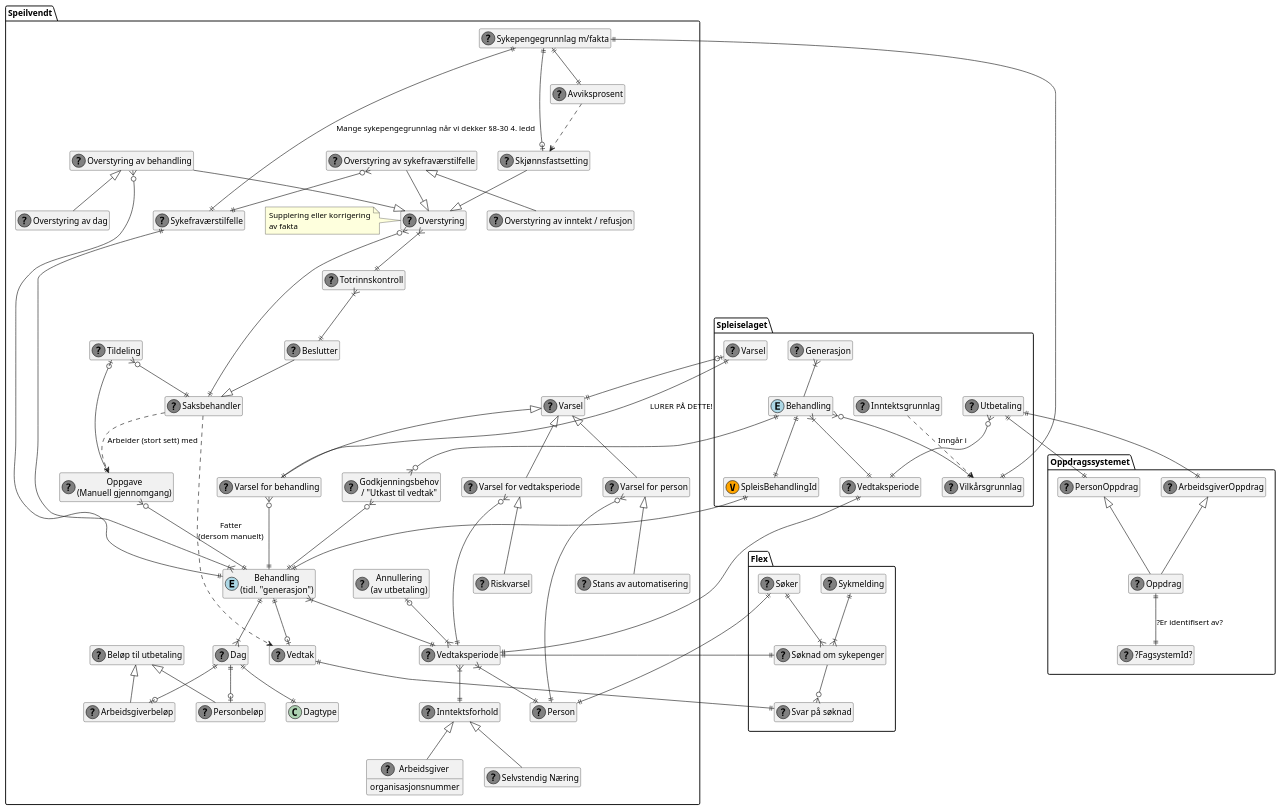
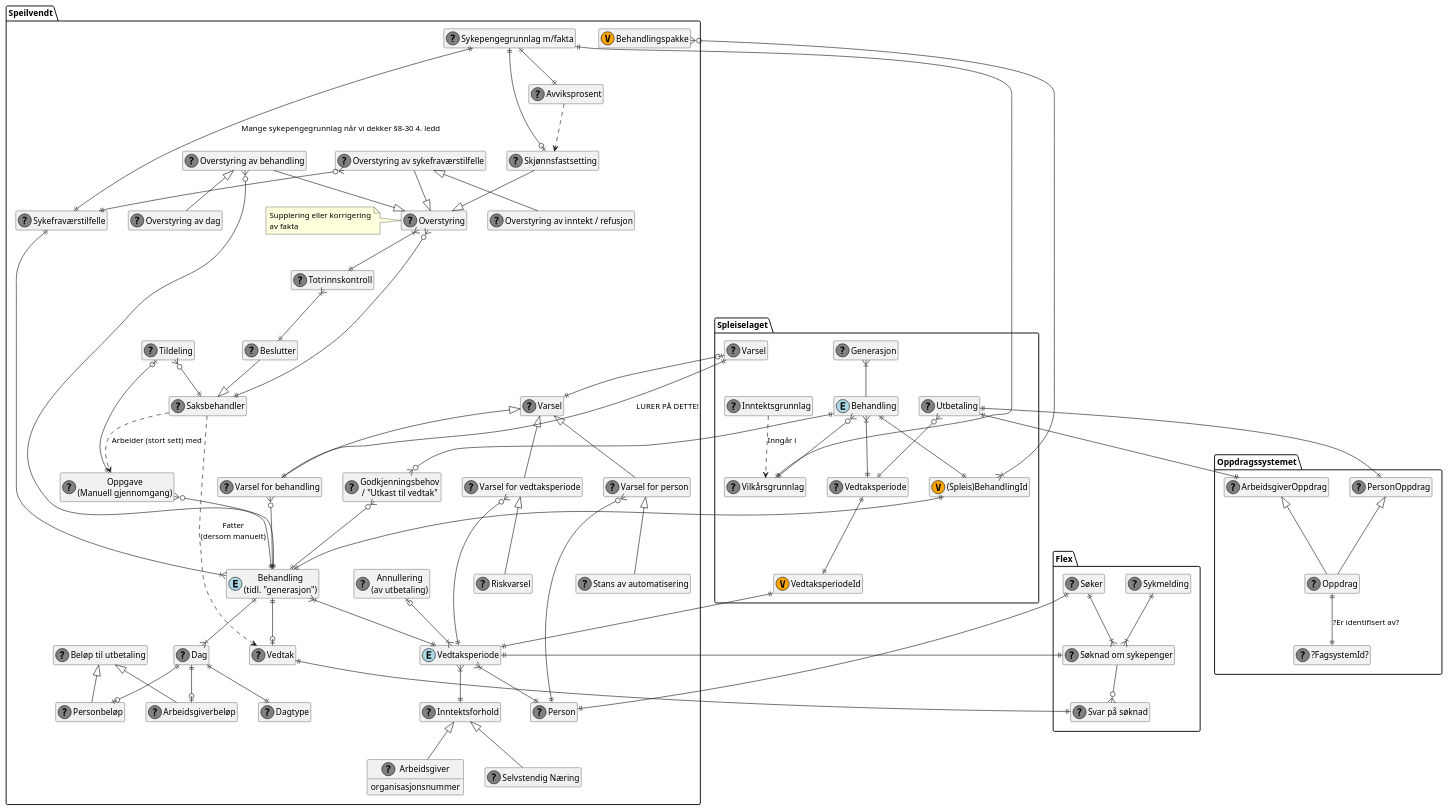
The diagram in docs/modell/speilvendt-vedtak-domenemodell-entities-og-value-objects.puml (navikt/helse-spesialist), drawn with PlantUML before and after one commit.

Commit message:
📝 Oppdatert modell etter sutrestund

```diff
--- a/docs/modell/speilvendt-vedtak-domenemodell-entities-og-value-objects.puml
+++ b/docs/modell/speilvendt-vedtak-domenemodell-entities-og-value-objects.puml
@@ -1,185 +1,193 @@
 @startuml
 
 package Speilvendt {
   class Person <<(?,gray)>>
 
   class Avviksprosent <<(?,gray)>>
 
   class Godkjenningsbehov as "Godkjenningsbehov\n/ "Utkast til vedtak"" <<(?,gray)>>
 
   class Vedtak <<(?,gray)>>
 
-  class Vedtaksperiode <<(?,gray)>>
+  class Dagtype <<(?,gray)>>
+
+  class Vedtaksperiode <<(E,lightblue)>>
 
   class Behandling as "Behandling\n(tidl. "generasjon")" <<(E,lightblue)>>
+
+  class Behandlingspakke <<(V,orange)>>
 
   class Inntektsforhold <<(?,gray)>>
 
   class Arbeidsgiver <<(?,gray)>> {
     organisasjonsnummer
   }
 
   class Selvstendig as "Selvstendig Næring" <<(?,gray)>>
 
   class Sykefraværstilfelle <<(?,gray)>>
 
   class Sykepengegrunnlag as "Sykepengegrunnlag m/fakta" <<(?,gray)>>
 
   class Overstyring <<(?,gray)>>
   note left: Supplering eller korrigering\nav fakta
 
   class Skjønnsfastsetting <<(?,gray)>>
 
   class "Oppgave\n(Manuell gjennomgang)" as Oppgave <<(?,gray)>>
 
   class Totrinnskontroll <<(?,gray)>>
 
   class Saksbehandler <<(?,gray)>>
 
   class Beslutter <<(?,gray)>>
 
   class Dag <<(?,gray)>>
 
   class "Beløp til utbetaling" as BeløpTilUtbetaling <<(?,gray)>>
   class Arbeidsgiverbeløp <<(?,gray)>> extends BeløpTilUtbetaling
   class Personbeløp <<(?,gray)>> extends BeløpTilUtbetaling
 
   class Varsel <<(?,gray)>>
 
   class PersonVarsel as "Varsel for person" <<(?,gray)>>
 
   class VedtaksperiodeVarsel as "Varsel for vedtaksperiode" <<(?,gray)>>
 
   class BehandlingVarsel as "Varsel for behandling" <<(?,gray)>>
 
   class StansAutomatiseringVarsel as "Stans av automatisering" <<(?,gray)>>
 
   class Riskvarsel <<(?,gray)>>
 
   class Tildeling <<(?,gray)>>
 
   class OverstyringInntektOgRefusjon as "Overstyring av inntekt / refusjon" <<(?,gray)>>
 
   class OverstyringDag as "Overstyring av dag" <<(?,gray)>>
 
   class OverstyringBehandling as "Overstyring av behandling" <<(?,gray)>>
 
   class OverstyringSykefraværstilfelle as "Overstyring av sykefraværstilfelle" <<(?,gray)>>
 
   class "Annullering\n(av utbetaling)" as Annullering <<(?,gray)>>
 }
 
 package Spleiselaget {
   class Behandling <<(E,lightblue)>>
-  class "SpleisBehandlingId" as BehandlingId <<(V,orange)>>
+  class "(Spleis)BehandlingId" as BehandlingId <<(V,orange)>>
   Behandling ||--|| BehandlingId
 
   class Generasjon <<(?,gray)>>
 
   class Inntektsgrunnlag <<(?,gray)>>
 
   class Vedtaksperiode <<(?,gray)>>
+
+  class VedtaksperiodeId <<(V,orange)>>
 
   class Vilkårsgrunnlag <<(?,gray)>>
 
   class Utbetaling <<(?,gray)>>
 
   class Varsel <<(?,gray)>>
 }
 
 package Flex {
   class Sykmelding <<(?,gray)>>
 
   class "Søknad om sykepenger" as Søknad <<(?,gray)>>
 
   class "Svar på søknad" as Svar <<(?,gray)>>
 
   class Søker <<(?,gray)>>
 }
 
 package Oppdragssystemet {
   class Oppdrag <<(?,gray)>>
   class PersonOppdrag <<(?,gray)>>
   class ArbeidsgiverOppdrag <<(?,gray)>>
   class "?FagsystemId?" as FagsystemId <<(?,gray)>>
 }
 
 Flex.Sykmelding ||--|{ Flex.Søknad
 Flex.Søknad ||--|| Speilvendt.Vedtaksperiode
 Flex.Søknad --o{ Flex.Svar
 Flex.Søker ||--|{ Flex.Søknad
 Speilvendt.Vedtak ||--|| Flex.Svar
 
 Flex.Søker ||--|| Speilvendt.Person
 
 Speilvendt.Saksbehandler ||--o{ Speilvendt.Overstyring
+Speilvendt.Behandlingspakke }o--|{ Spleiselaget.BehandlingId
 Speilvendt.OverstyringBehandling }o--|| Speilvendt.Behandling
 Speilvendt.OverstyringSykefraværstilfelle }o--|| Speilvendt.Sykefraværstilfelle
 
 Speilvendt.Godkjenningsbehov }o--|| Speilvendt.Behandling
 Speilvendt.Behandling }|--|| Speilvendt.Vedtaksperiode
 Speilvendt.Vedtaksperiode }|--|| Speilvendt.Inntektsforhold
 Speilvendt.Behandling ||--|{ Speilvendt.Dag
 Spleiselaget.Behandling }|--|| Spleiselaget.Vedtaksperiode
 Speilvendt.Behandling ||--o| Speilvendt.Vedtak
 Speilvendt.Sykefraværstilfelle ||--|{ Speilvendt.Behandling
 
 Speilvendt.Sykepengegrunnlag ||--|| Speilvendt.Sykefraværstilfelle: Mange sykepengegrunnlag når vi dekker §8-30 4. ledd
 
 Speilvendt.Sykepengegrunnlag ||--|| Speilvendt.Avviksprosent
 Speilvendt.Skjønnsfastsetting |o--|| Speilvendt.Sykepengegrunnlag
 Speilvendt.OverstyringBehandling --|> Speilvendt.Overstyring
 Speilvendt.OverstyringSykefraværstilfelle --|> Speilvendt.Overstyring
 Speilvendt.Skjønnsfastsetting --|> Speilvendt.Overstyring
 Speilvendt.Beslutter --|> Speilvendt.Saksbehandler
 Speilvendt.Totrinnskontroll }|--|| Speilvendt.Beslutter
 Speilvendt.Avviksprosent ..> Speilvendt.Skjønnsfastsetting
 Speilvendt.Behandling ||--|| Spleiselaget.BehandlingId
 Speilvendt.Saksbehandler ..> Speilvendt.Oppgave: Arbeider (stort sett) med
-Speilvendt.Vedtaksperiode ||--|| Spleiselaget.Vedtaksperiode
+Speilvendt.Vedtaksperiode ||--|| Spleiselaget.VedtaksperiodeId
+Spleiselaget.Vedtaksperiode ||--|| Spleiselaget.VedtaksperiodeId
 Speilvendt.Dag ||--o| Speilvendt.Arbeidsgiverbeløp
 Speilvendt.Dag ||--o| Speilvendt.Personbeløp
 Speilvendt.Dag ||--|| Speilvendt.Dagtype
 Speilvendt.Oppgave }o--|| Speilvendt.Behandling
 Spleiselaget.Behandling }o--|| Spleiselaget.Vilkårsgrunnlag
 Spleiselaget.Behandling ||--o{ Speilvendt.Godkjenningsbehov
 Speilvendt.Saksbehandler ..> Speilvendt.Vedtak: Fatter\n(dersom manuelt)
 Speilvendt.Overstyring }|--|| Speilvendt.Totrinnskontroll
 Spleiselaget.Inntektsgrunnlag ..> Spleiselaget.Vilkårsgrunnlag: Inngår i
 Spleiselaget.Vilkårsgrunnlag ||--|| Speilvendt.Sykepengegrunnlag
 Speilvendt.Inntektsforhold <|-- Speilvendt.Selvstendig
 Speilvendt.Inntektsforhold <|-- Speilvendt.Arbeidsgiver
 Spleiselaget.Varsel |o--|| Speilvendt.Varsel
 Spleiselaget.Varsel ||--|| Speilvendt.BehandlingVarsel: "LURER PÅ DETTE!"
 Speilvendt.PersonVarsel }o--|| Speilvendt.Person
 
 Speilvendt.Vedtaksperiode }|--|| Speilvendt.Person
 
 Speilvendt.Annullering |o--|{ Speilvendt.Vedtaksperiode
 Spleiselaget.Utbetaling ||--|| PersonOppdrag
 Spleiselaget.Utbetaling ||--|| ArbeidsgiverOppdrag
 Spleiselaget.Utbetaling }o--|| Spleiselaget.Vedtaksperiode
 PersonOppdrag <|-- Oppdrag
 ArbeidsgiverOppdrag <|-- Oppdrag
 Oppdrag ||--|| FagsystemId: ?Er identifisert av?
 
 Speilvendt.Tildeling |o--|| Speilvendt.Oppgave
 Speilvendt.Tildeling }o--|| Speilvendt.Saksbehandler
 
 Speilvendt.OverstyringBehandling <|-- Speilvendt.OverstyringDag
 Speilvendt.OverstyringSykefraværstilfelle <|-- Speilvendt.OverstyringInntektOgRefusjon
 
 Speilvendt.PersonVarsel <|-- Speilvendt.StansAutomatiseringVarsel
 
 Speilvendt.Varsel <|-- Speilvendt.PersonVarsel
 Speilvendt.Varsel <|-- Speilvendt.BehandlingVarsel
 Speilvendt.BehandlingVarsel }o--|| Speilvendt.Behandling
 Speilvendt.Varsel <|-- Speilvendt.VedtaksperiodeVarsel
 Speilvendt.VedtaksperiodeVarsel }o--|| Speilvendt.Vedtaksperiode
 Speilvendt.VedtaksperiodeVarsel <|-- Speilvendt.Riskvarsel
 
 Spleiselaget.Generasjon }|-- Spleiselaget.Behandling
 
 hide empty members
 
 @enduml
```
